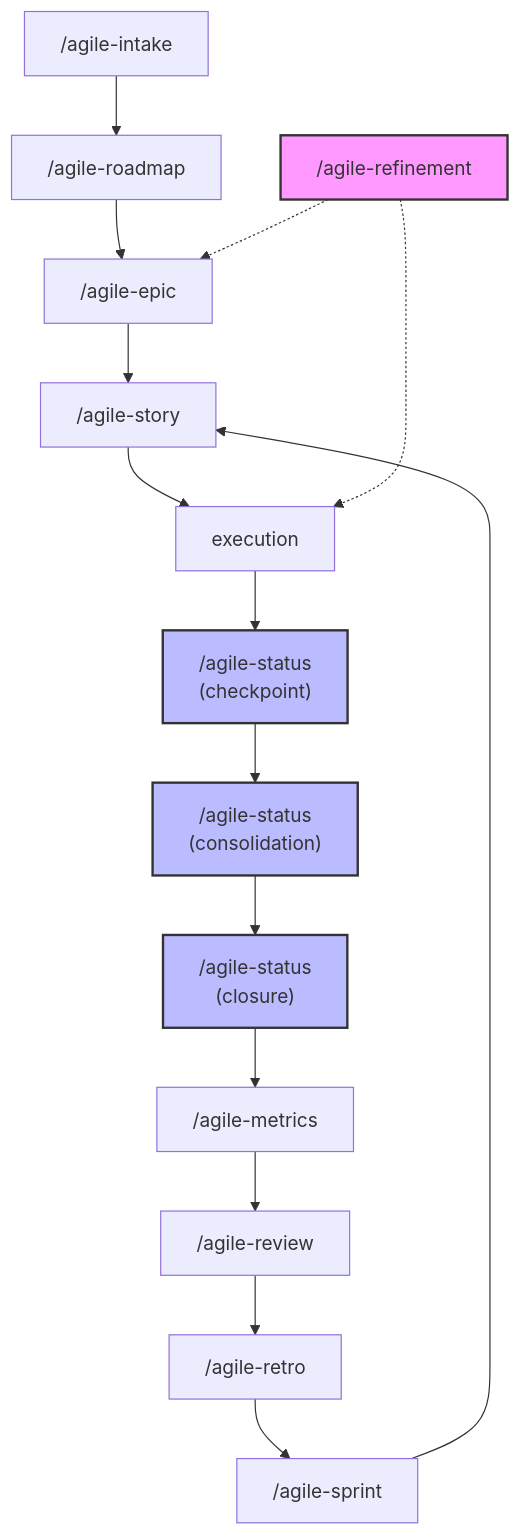
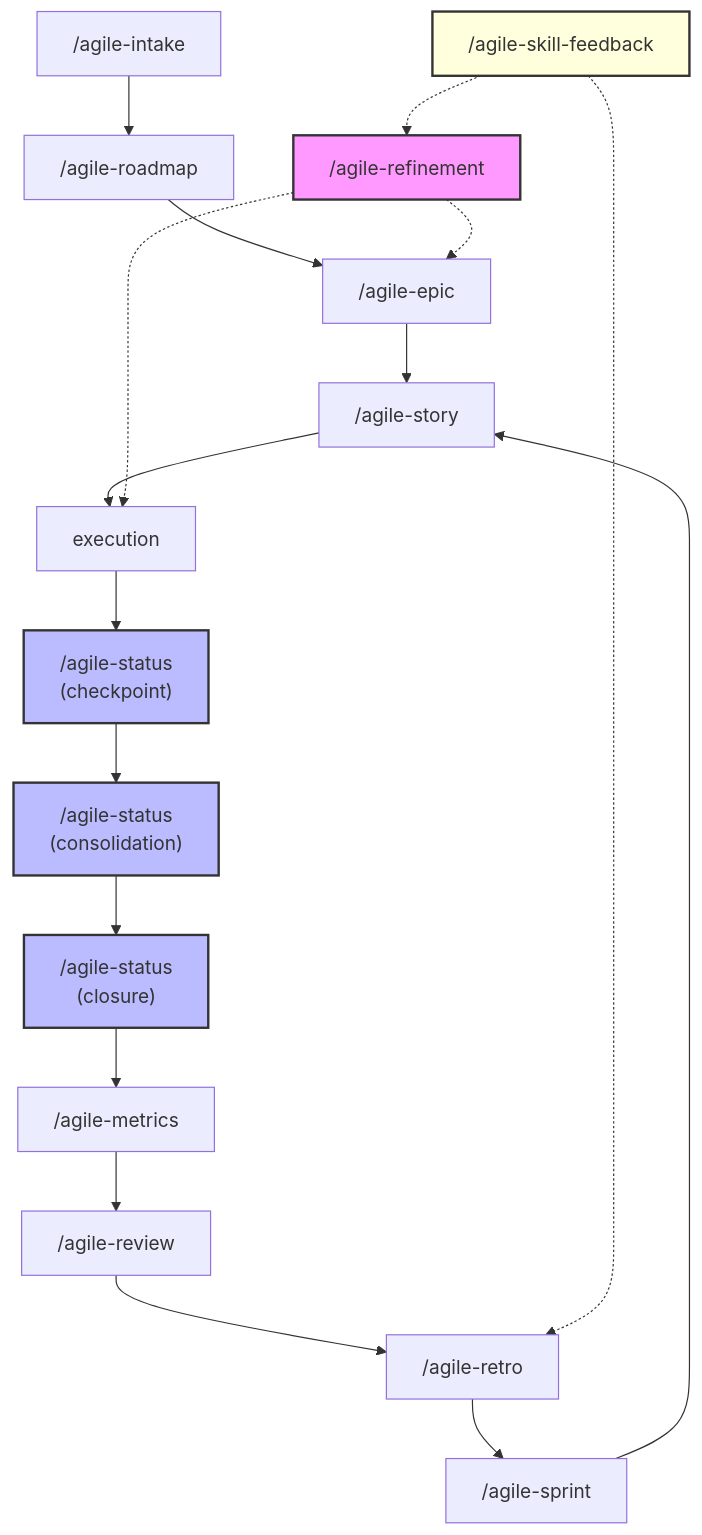
One commit to djalmajr/essential-skills changed the diagram in docs/agile/README.md. Above: the diagram before and after it, drawn with Mermaid. The commit also changed other lines of this file and 55 other files, not shown here.

````diff
--- a/docs/agile/README.md
+++ b/docs/agile/README.md
@@ -7,23 +7,26 @@
 ```mermaid
 flowchart TD
     A["/agile-intake"] --> B["/agile-roadmap"]
     B --> C["/agile-epic"]
     C --> D["/agile-story"]
     D --> E[execution]
     E --> F["/agile-status<br>(checkpoint)"]
     F --> G["/agile-status<br>(consolidation)"]
     G --> H["/agile-status<br>(closure)"]
     H --> I["/agile-metrics"]
     I --> J["/agile-review"]
     J --> K["/agile-retro"]
     K --> L["/agile-sprint"]
     L --> D
 
     M["/agile-refinement"] -.-> C
     M -.-> E
+    N["/agile-skill-feedback"] -.-> K
+    N -.-> M
 
     style M fill:#f9f,stroke:#333,stroke-width:2px
+    style N fill:#ffd,stroke:#333,stroke-width:2px
     style F fill:#bbf,stroke:#333,stroke-width:2px
     style G fill:#bbf,stroke:#333,stroke-width:2px
     style H fill:#bbf,stroke:#333,stroke-width:2px
 ```
````
